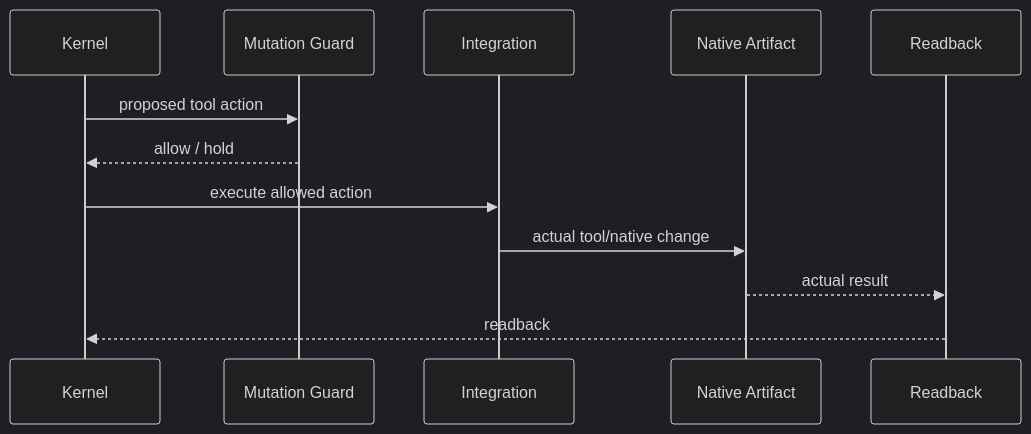
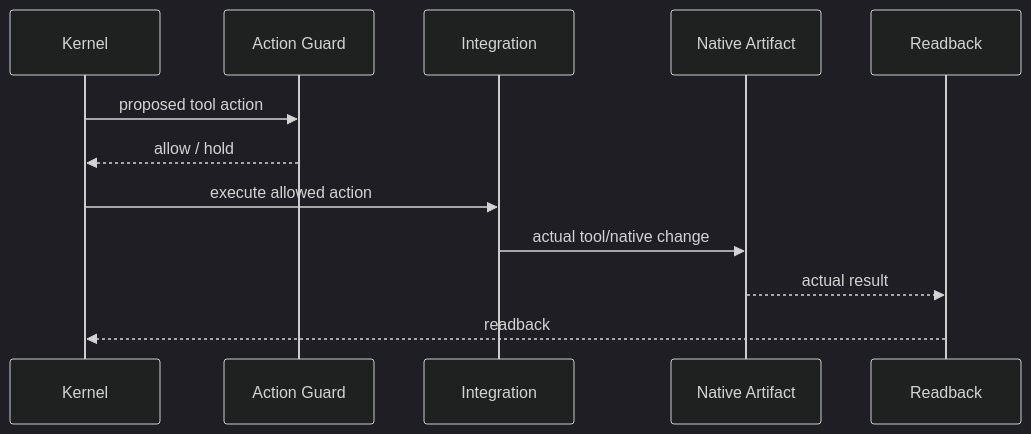
One commit to Jiaosong/Design changed the second of 3 diagrams in product-docs/v0.3/nodes/N12_INTEGRATIONS.md. Above: the diagram before and after it, drawn with Mermaid (dark theme). The commit also changed other lines of this file and 71 other files, not shown here.

````diff
--- a/product-docs/v0.3/nodes/N12_INTEGRATIONS.md
+++ b/product-docs/v0.3/nodes/N12_INTEGRATIONS.md
@@ -44,14 +44,14 @@
 ```mermaid
 sequenceDiagram
     participant K as Kernel
-    participant G as Mutation Guard
+    participant G as Action Guard
     participant I as Integration
     participant A as Native Artifact
     participant R as Readback
     K->>G: proposed tool action
     G-->>K: allow / hold
     K->>I: execute allowed action
     I->>A: actual tool/native change
     A-->>R: actual result
     R-->>K: readback
 ```
````
